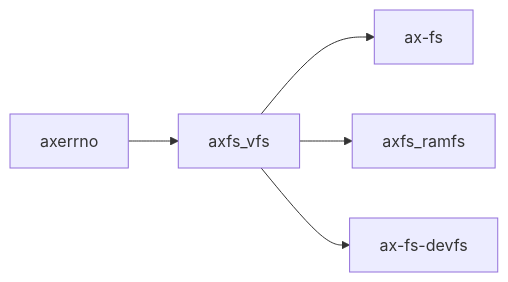
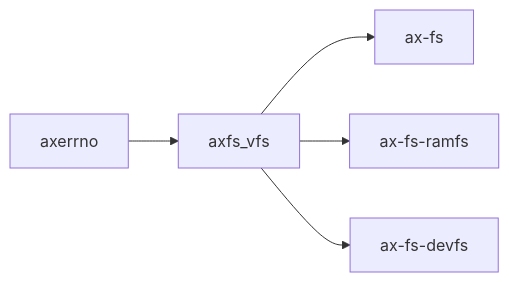
One commit to zKurisu/tgoskits changed the diagram in docs/crates/axfs_vfs.md. Above: the diagram before and after it, drawn with Mermaid. The commit also changed 16 other files, not shown here.

Commit message:
rename axfs_ramfs to ax-fs-ramfs

````diff
--- a/docs/crates/axfs_vfs.md
+++ b/docs/crates/axfs_vfs.md
@@ -82,8 +82,8 @@
 ```mermaid
 graph LR
     axerrno["axerrno"] --> current["axfs_vfs"]
 
     current --> ax-fs["ax-fs"]
-    current --> axfs_ramfs["axfs_ramfs"]
+    current --> axfs_ramfs["ax-fs-ramfs"]
     current --> axfs_devfs["ax-fs-devfs"]
 ```
````
